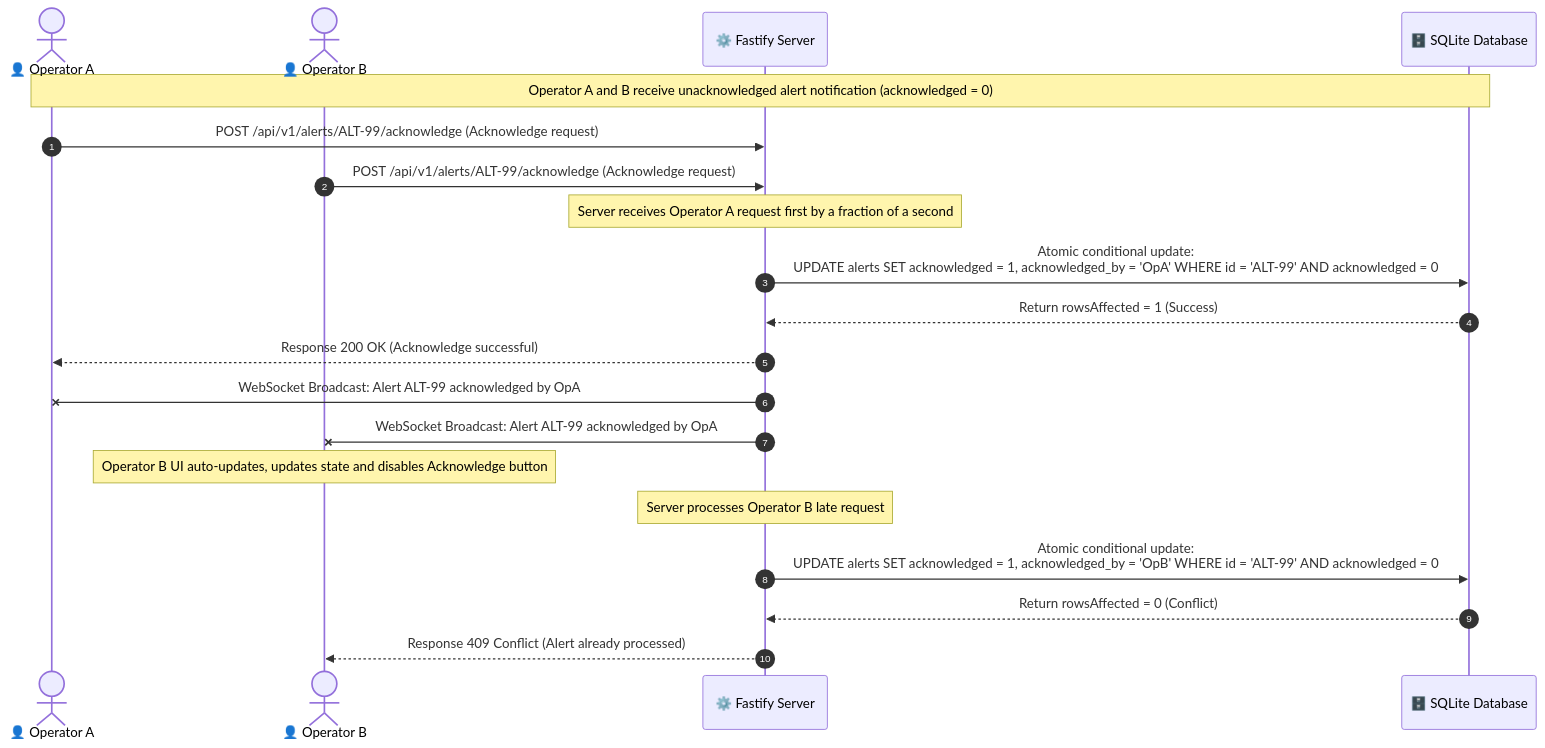
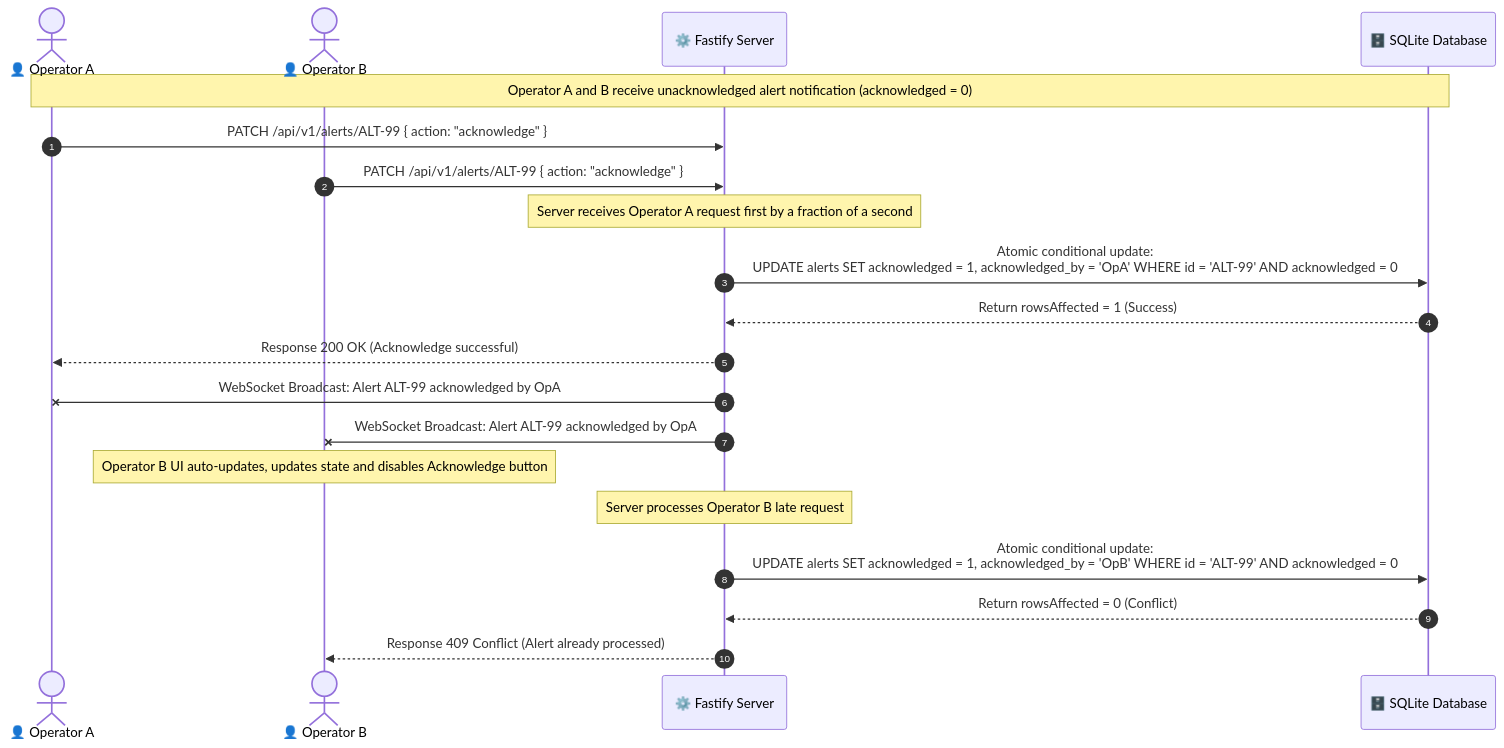
One commit to dunglt69/solar-anomaly-detection changed the diagram in diagrams/7_sequence_diagram.md. Above: the diagram before and after it, drawn with Mermaid. The commit also changed 16 other files, not shown here.

First line of the commit message:
docs: fix README & diagrams to match codebase

````diff
--- a/diagrams/7_sequence_diagram.md
+++ b/diagrams/7_sequence_diagram.md
@@ -3,27 +3,27 @@
 ```mermaid
 sequenceDiagram
   autonumber
   actor OpA as 👤 Operator A
   actor OpB as 👤 Operator B
   participant Server as ⚙️ Fastify Server
   participant DB as 🗄️ SQLite Database
 
   Note over OpA, DB: Operator A and B receive unacknowledged alert notification (acknowledged = 0)
   
-  OpA->>Server: POST /api/v1/alerts/ALT-99/acknowledge (Acknowledge request)
-  OpB->>Server: POST /api/v1/alerts/ALT-99/acknowledge (Acknowledge request)
+  OpA->>Server: PATCH /api/v1/alerts/ALT-99 { action: "acknowledge" }
+  OpB->>Server: PATCH /api/v1/alerts/ALT-99 { action: "acknowledge" }
   
   Note over Server: Server receives Operator A request first by a fraction of a second
   Server->>DB: Atomic conditional update:<br>UPDATE alerts SET acknowledged = 1, acknowledged_by = 'OpA' WHERE id = 'ALT-99' AND acknowledged = 0
   DB-->>Server: Return rowsAffected = 1 (Success)
   Server-->>OpA: Response 200 OK (Acknowledge successful)
   
   Server-xOpA: WebSocket Broadcast: Alert ALT-99 acknowledged by OpA
   Server-xOpB: WebSocket Broadcast: Alert ALT-99 acknowledged by OpA
   Note over OpB: Operator B UI auto-updates, updates state and disables Acknowledge button
   
   Note over Server: Server processes Operator B late request
   Server->>DB: Atomic conditional update:<br>UPDATE alerts SET acknowledged = 1, acknowledged_by = 'OpB' WHERE id = 'ALT-99' AND acknowledged = 0
   DB-->>Server: Return rowsAffected = 0 (Conflict)
   Server-->>OpB: Response 409 Conflict (Alert already processed)
 ```
````
